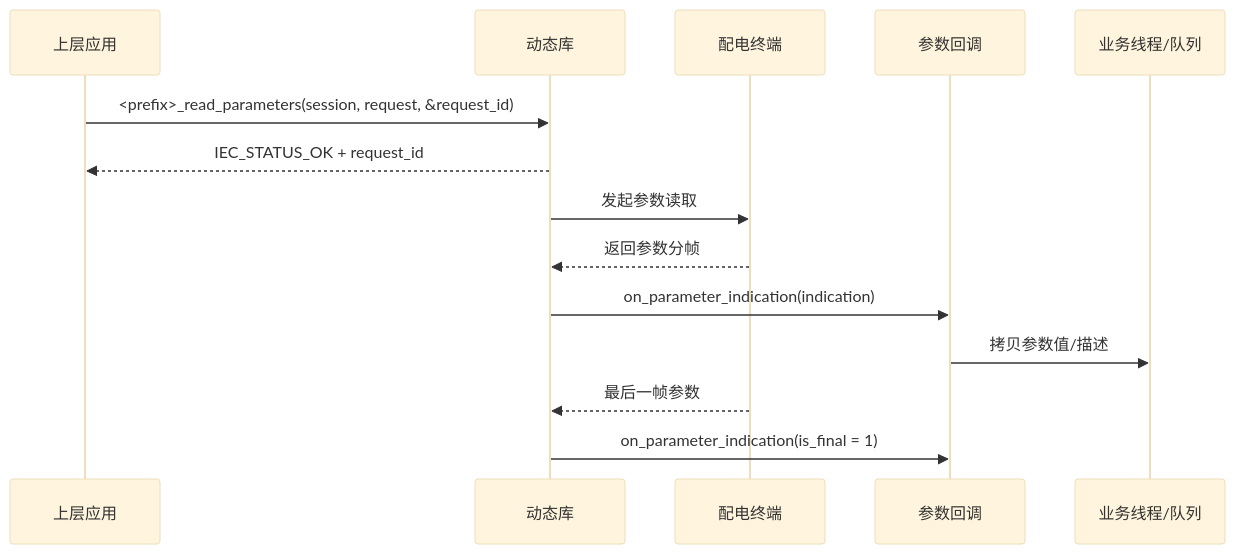
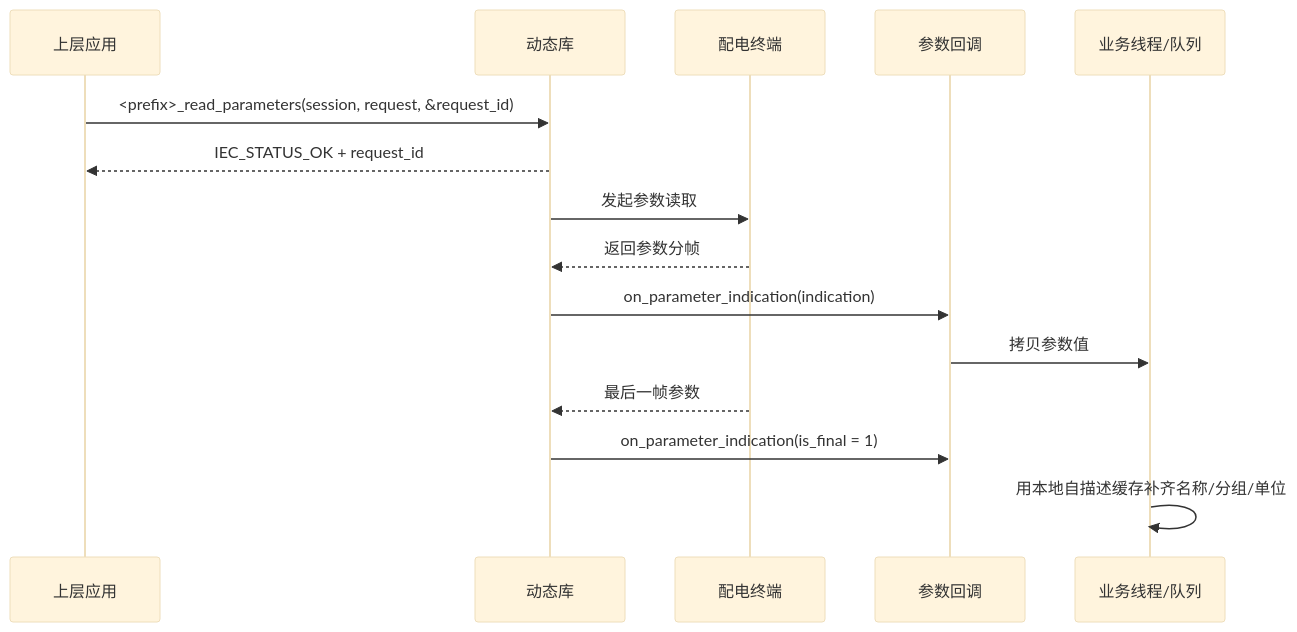
One commit to CcooLcyy/gw-protocol-sdk changed the sixth of 20 diagrams in doc/api/gw_protocol_sdk_api_design.md. Above: the diagram before and after it, drawn with Mermaid (base theme). The commit also changed other lines of this file and 3 other files, not shown here.

````diff
--- a/doc/api/gw_protocol_sdk_api_design.md
+++ b/doc/api/gw_protocol_sdk_api_design.md
@@ -2075,17 +2096,18 @@
 ```mermaid
 sequenceDiagram
     participant 应用 as 上层应用
     participant 库 as 动态库
     participant 终端 as 配电终端
     participant 回调 as 参数回调
     participant 业务 as 业务线程/队列
 
     应用->>库: <prefix>_read_parameters(session, request, &request_id)
     库-->>应用: IEC_STATUS_OK + request_id
     库->>终端: 发起参数读取
     终端-->>库: 返回参数分帧
     库->>回调: on_parameter_indication(indication)
-    回调->>业务: 拷贝参数值/描述
+    回调->>业务: 拷贝参数值
     终端-->>库: 最后一帧参数
     库->>回调: on_parameter_indication(is_final = 1)
+    业务->>业务: 用本地自描述缓存补齐名称/分组/单位
 ```
````
